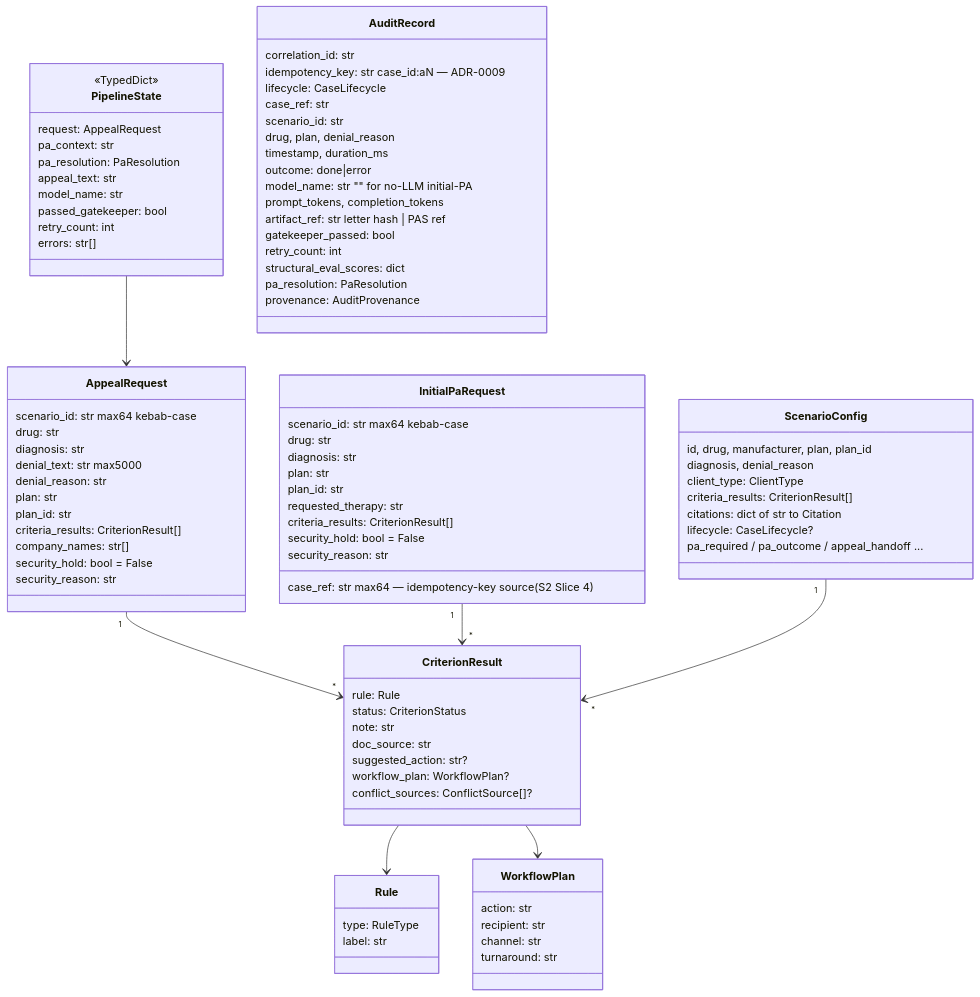
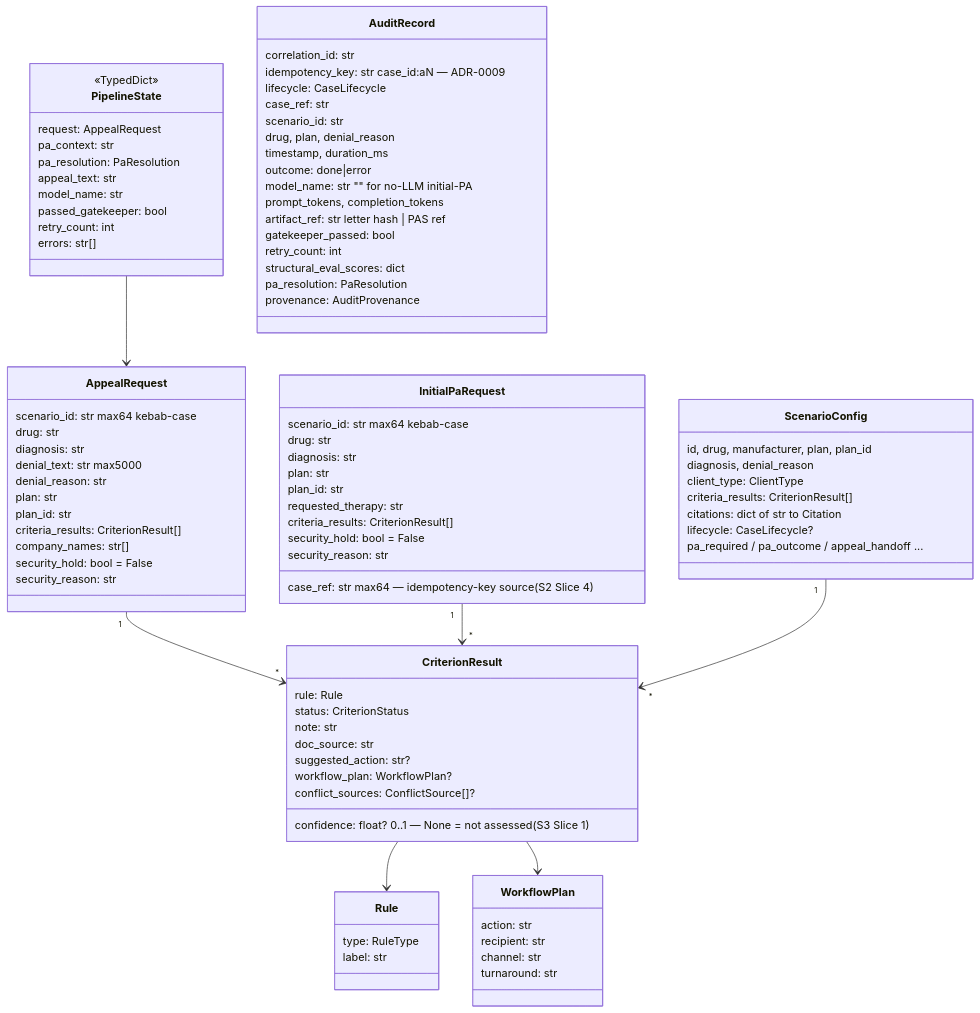
Before and after one commit to mcruz90/paxos-demo: the first of 3 diagrams in docs/architecture/03-domain-model.md, drawn with Mermaid. The commit also changed other lines of this file and 1 other file, not shown here.

First line of the commit message:
docs(architecture): 03/10 — CriterionResult.confidence (S3 Slice 1, in-series)

```diff
--- a/docs/architecture/03-domain-model.md
+++ b/docs/architecture/03-domain-model.md
@@ -46,6 +46,7 @@
         suggested_action: str?
         workflow_plan: WorkflowPlan?
         conflict_sources: ConflictSource[]?
+        confidence: float? 0..1 — None = not assessed (S3 Slice 1)
     }
     class Rule {
         type: RuleType
```
